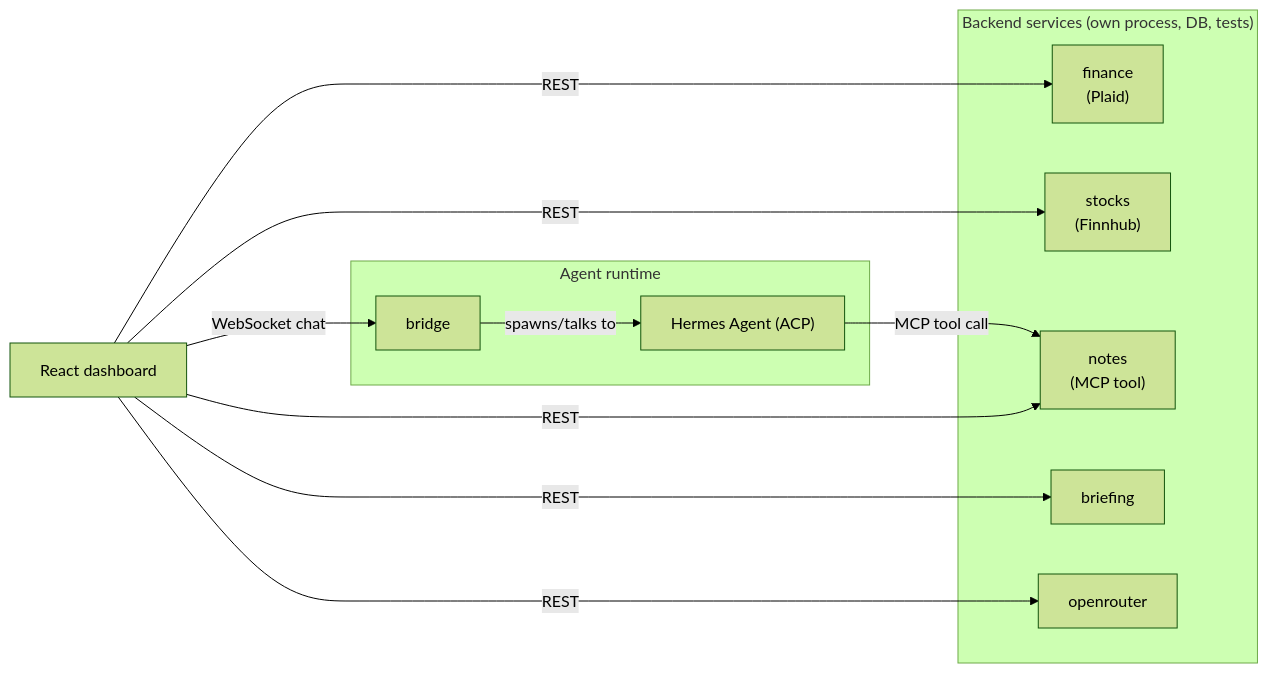
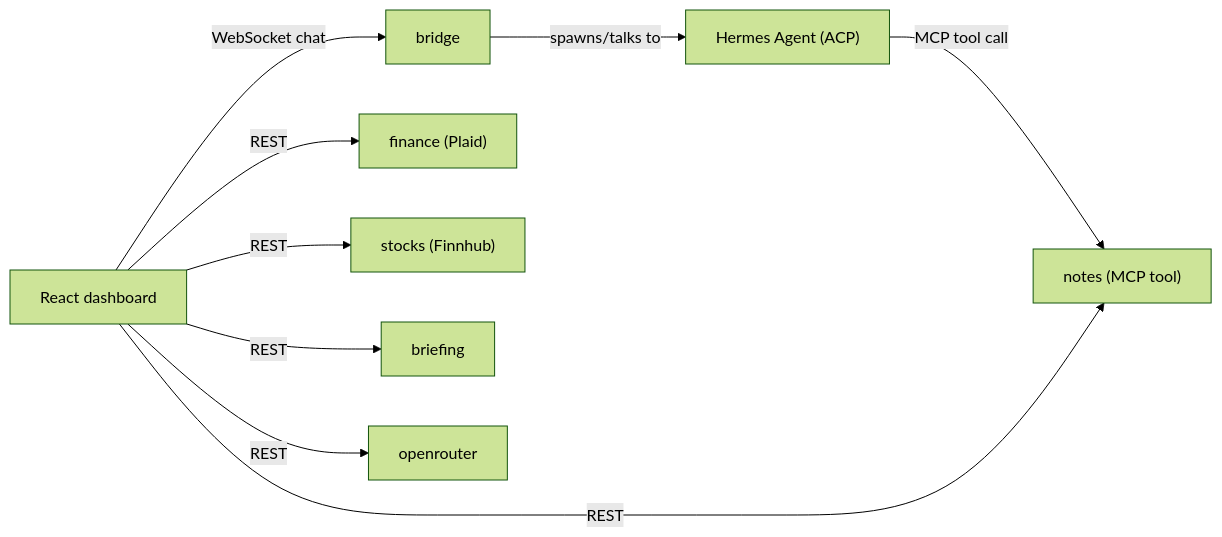
Before and after one commit to HojinSohn/Horong: the diagram in README.md, drawn with Mermaid (forest theme). The commit also changed other lines of this file, not shown here.

Commit message:
fix(docs): simplify Mermaid diagram syntax, remove em dashes from README
Nested subgraph-with-bracket-label syntax isn't supported by GitHub's
Mermaid renderer version and threw a generic parse error; flattened to
a single quoted-label flowchart instead.

Claude-Session: https://claude.ai/code/session_014QM8yb5vyYAZ1CreYvH1Vq

````diff
--- a/README.md
+++ b/README.md
@@ -35,27 +35,21 @@
 ```mermaid
 flowchart LR
     FE["React dashboard"]
+    Bridge["bridge"]
+    Agent["Hermes Agent (ACP)"]
+    Finance["finance (Plaid)"]
+    Stocks["stocks (Finnhub)"]
+    Notes["notes (MCP tool)"]
+    Briefing["briefing"]
+    OpenRouter["openrouter"]
 
-    subgraph agent_runtime["Agent runtime"]
-        Bridge["bridge"]
-        Agent["Hermes Agent (ACP)"]
-    end
+    FE -->|WebSocket chat| Bridge
+    Bridge -->|spawns/talks to| Agent
+    Agent -->|MCP tool call| Notes
 
-    subgraph services["Backend services (own process, DB, tests)"]
-        Finance["finance<br/>(Plaid)"]
-        Stocks["stocks<br/>(Finnhub)"]
-        Notes["notes<br/>(MCP tool)"]
-        Briefing["briefing"]
-        OpenRouter["openrouter"]
-    end
-
-    FE -- WebSocket chat --> Bridge
-    Bridge -- spawns/talks to --> Agent
-    Agent -- MCP tool call --> Notes
-
-    FE -- REST --> Finance
-    FE -- REST --> Stocks
-    FE -- REST --> Notes
-    FE -- REST --> Briefing
-    FE -- REST --> OpenRouter
+    FE -->|REST| Finance
+    FE -->|REST| Stocks
+    FE -->|REST| Notes
+    FE -->|REST| Briefing
+    FE -->|REST| OpenRouter
 ```
````
